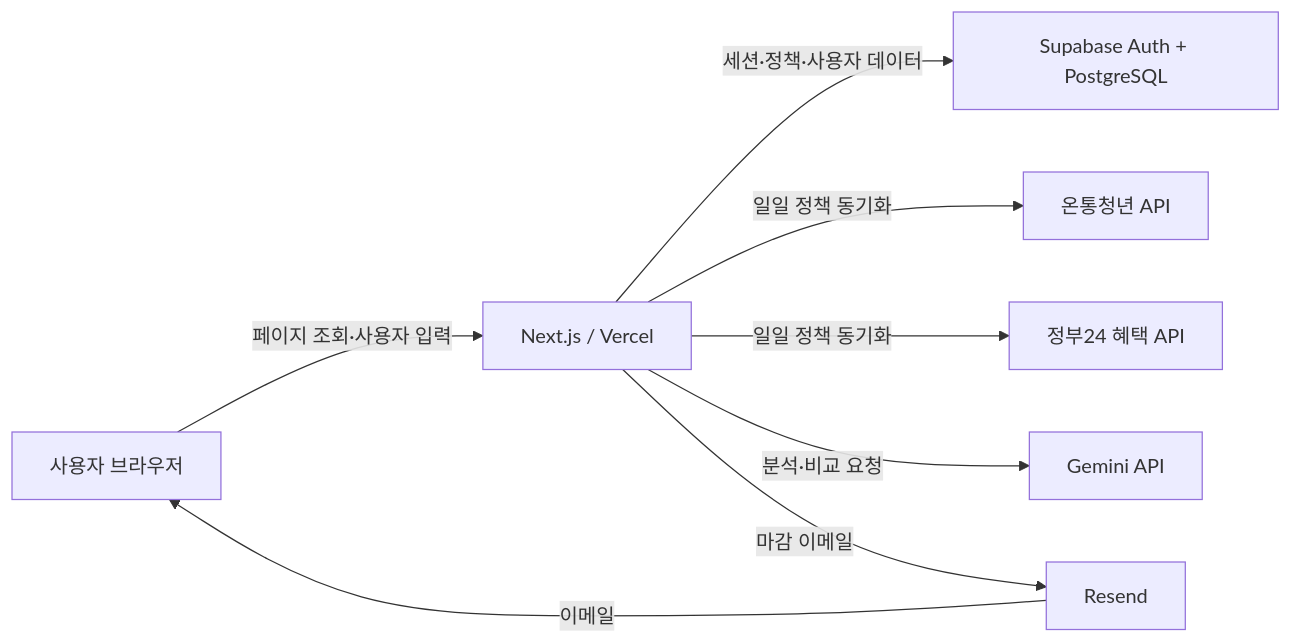
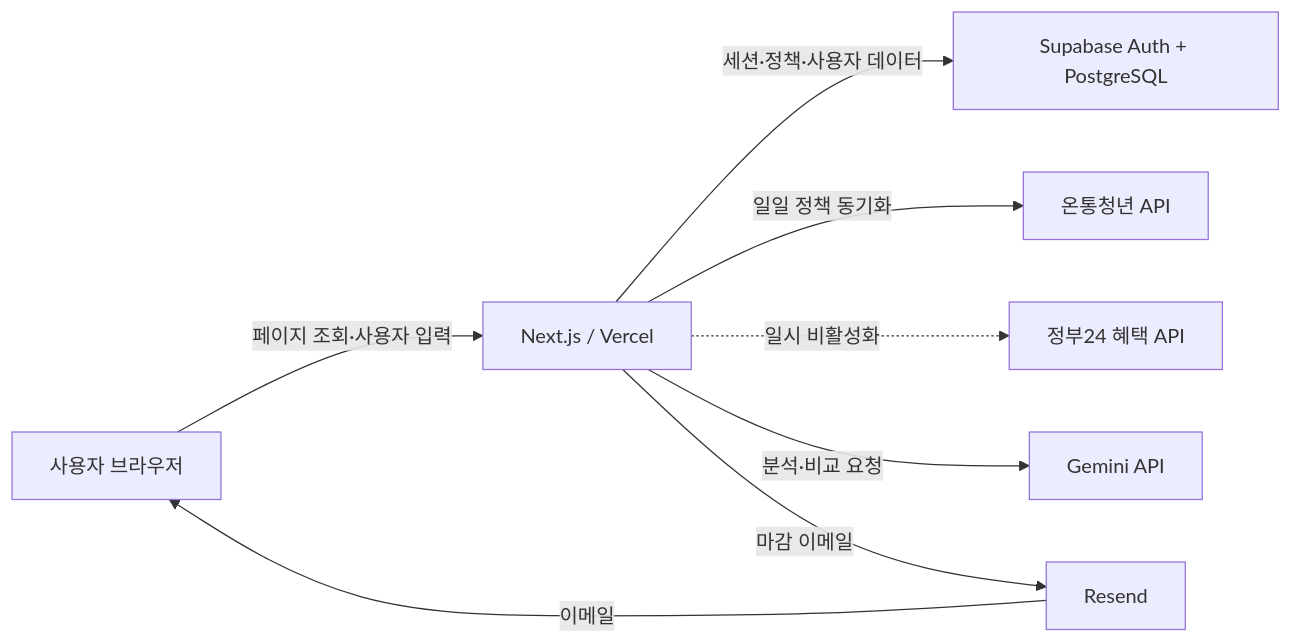
One commit to noohsss/chaengim changed the first of 4 diagrams in docs/ARCHITECTURE.md. Above: the diagram before and after it, drawn with Mermaid. The commit also changed other lines of this file and 4 other files, not shown here.

````diff
--- a/docs/ARCHITECTURE.md
+++ b/docs/ARCHITECTURE.md
@@ -11,18 +11,18 @@
 ```mermaid
 flowchart LR
     U["사용자 브라우저"]
     N["Next.js / Vercel"]
     S["Supabase Auth + PostgreSQL"]
     Y["온통청년 API"]
     G["정부24 혜택 API"]
     A["Gemini API"]
     R["Resend"]
 
     U -->|"페이지 조회·사용자 입력"| N
     N -->|"세션·정책·사용자 데이터"| S
     N -->|"일일 정책 동기화"| Y
-    N -->|"일일 정책 동기화"| G
+    N -.->|"일시 비활성화"| G
     N -->|"분석·비교 요청"| A
     N -->|"마감 이메일"| R
     R -->|"이메일"| U
 ```
````
